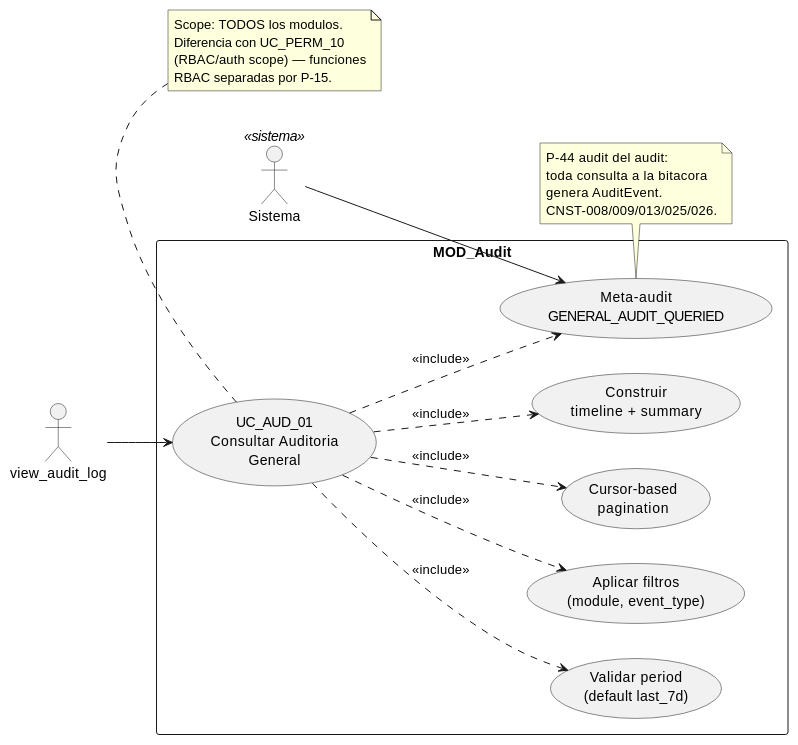
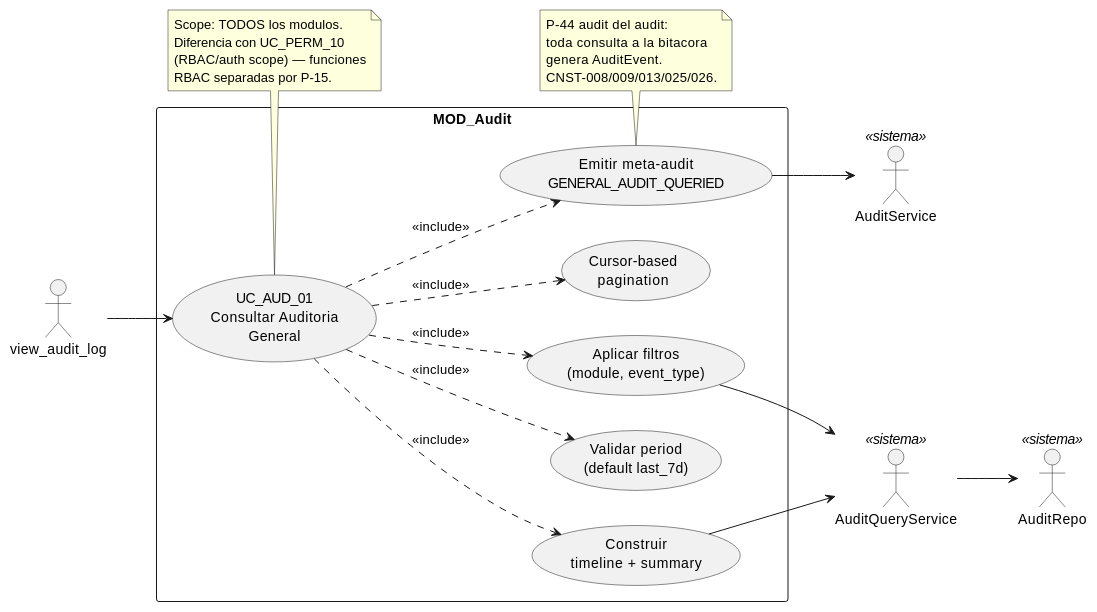
The diagram in source/requisitos/casos-uso/audit/uc-aud-01/diagramas-uml/diagrama-de-caso-de-uso.rst (jcg-admin/IACT-docs), drawn with PlantUML before and after one commit. The commit also changed other lines of this file and 52 other files, not shown here.

```diff
--- a/source/requisitos/casos-uso/audit/uc-aud-01/diagramas-uml/diagrama-de-caso-de-uso.rst
+++ b/source/requisitos/casos-uso/audit/uc-aud-01/diagramas-uml/diagrama-de-caso-de-uso.rst
@@ -4,43 +4,48 @@
 .. uml::
  :caption: UC_AUD_01 — actores y casos asociados
 
  @startuml
 
  left to right direction
 
  actor "view_audit_log" as INVOKER
- actor "Sistema" as Sistema <<sistema>>
+ actor "AuditQueryService" as AQS <<sistema>>
+ actor "AuditRepo" as AR <<sistema>>
+ actor "AuditService" as AS <<sistema>>
 
  rectangle "MOD_Audit" {
    usecase "UC_AUD_01\nConsultar Auditoria\nGeneral" as UC_AUD_01
    usecase "Validar period\n(default last_7d)" as VALIDAR_PERIOD
    usecase "Aplicar filtros\n(module, event_type)" as FILTROS
    usecase "Cursor-based\npagination" as PAGINACION
    usecase "Construir\ntimeline + summary" as TIMELINE
-   usecase "Meta-audit\nGENERAL_AUDIT_QUERIED" as METAAUDIT
+   usecase "Emitir meta-audit\nGENERAL_AUDIT_QUERIED" as METAAUDIT
  }
 
  INVOKER --> UC_AUD_01
  UC_AUD_01 ..> VALIDAR_PERIOD : <<include>>
  UC_AUD_01 ..> FILTROS : <<include>>
  UC_AUD_01 ..> PAGINACION : <<include>>
  UC_AUD_01 ..> TIMELINE : <<include>>
  UC_AUD_01 ..> METAAUDIT : <<include>>
 
- Sistema --> METAAUDIT
+ FILTROS --> AQS
+ TIMELINE --> AQS
+ AQS --> AR
+ METAAUDIT --> AS
 
  note bottom of UC_AUD_01
    Scope: TODOS los modulos.
    Diferencia con UC_PERM_10
    (RBAC/auth scope) — funciones
    RBAC separadas por P-15.
  end note
 
  note bottom of METAAUDIT
    P-44 audit del audit:
    toda consulta a la bitacora
    genera AuditEvent.
    CNST-008/009/013/025/026.
  end note
 
  @enduml
```
